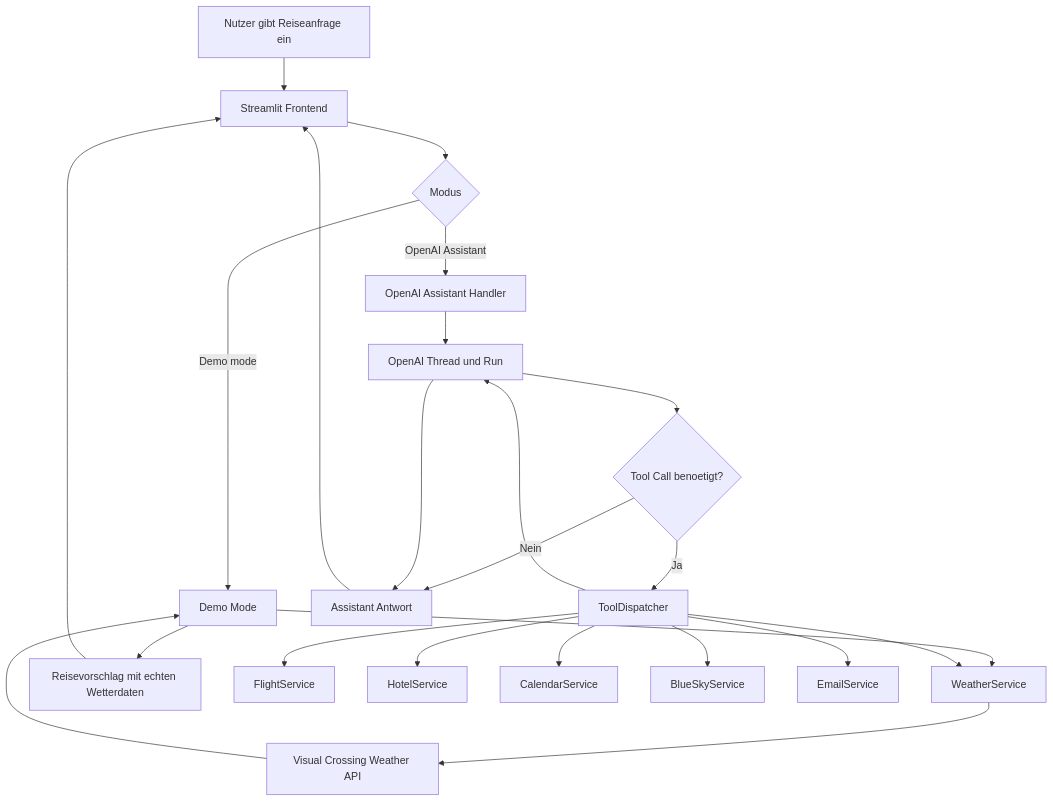
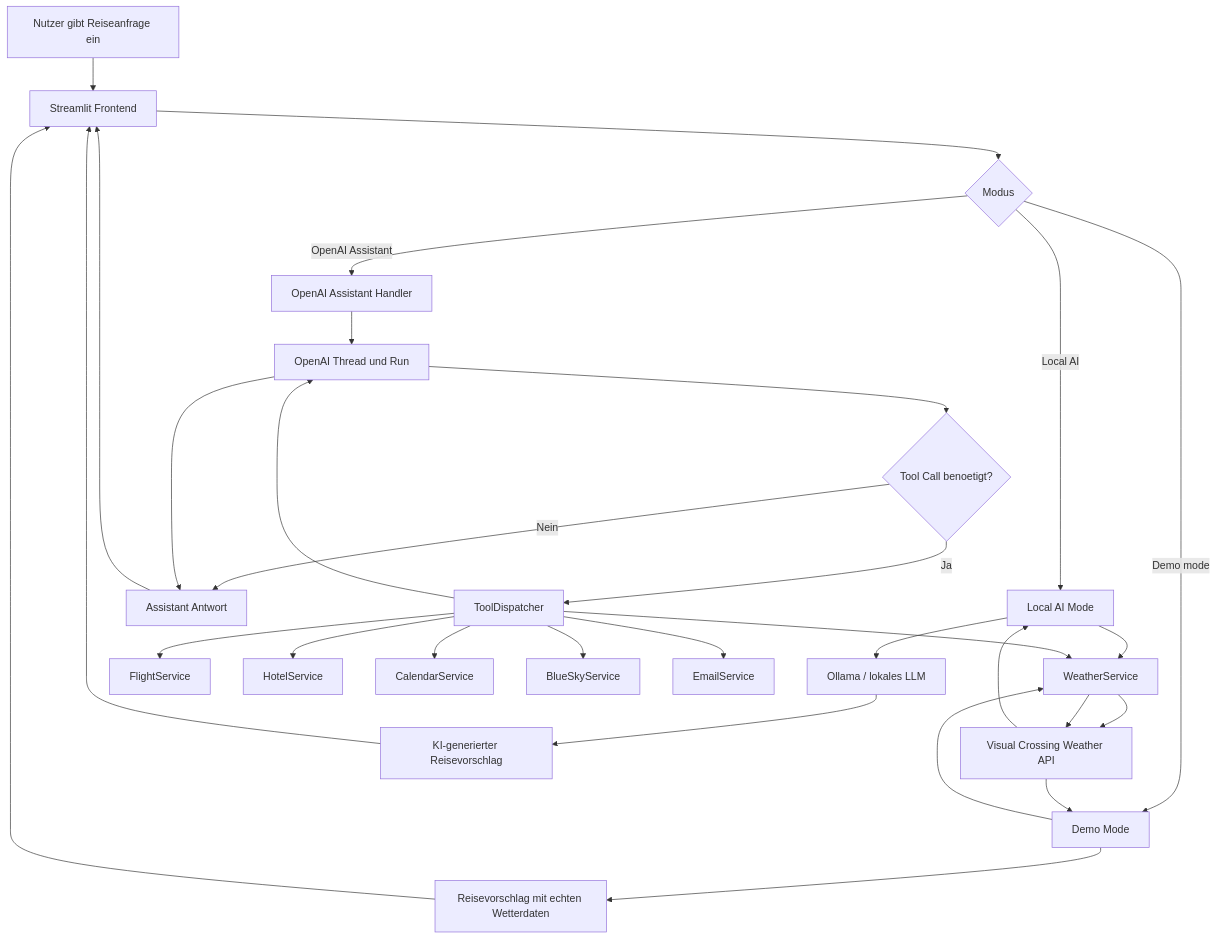
One commit to mo-sh44/Smart-Journey-AI changed the first of 3 diagrams in docs/Architecture_Flowchart.md. Above: the diagram before and after it, drawn with Mermaid. The commit also changed other lines of this file and 6 other files, not shown here.

Commit message:
Add local AI mode for dynamic travel planning

````diff
--- a/docs/Architecture_Flowchart.md
+++ b/docs/Architecture_Flowchart.md
@@ -5,27 +5,35 @@
 ```mermaid
 flowchart TD
     A["Nutzer gibt Reiseanfrage ein"] --> B["Streamlit Frontend"]
     B --> C{"Modus"}
+    C -->|Local AI| R["Local AI Mode"]
     C -->|Demo mode| D["Demo Mode"]
     C -->|OpenAI Assistant| E["OpenAI Assistant Handler"]
+
+    R --> F
+    F --> G
+    G --> R
+    R --> S["Ollama / lokales LLM"]
+    S --> T["KI-generierter Reisevorschlag"]
+    T --> B
 
     D --> F["WeatherService"]
     F --> G["Visual Crossing Weather API"]
     G --> D
     D --> H["Reisevorschlag mit echten Wetterdaten"]
 
     E --> I["OpenAI Thread und Run"]
     I --> J{"Tool Call benoetigt?"}
     J -->|Ja| K["ToolDispatcher"]
     K --> F
     K --> L["FlightService"]
     K --> M["HotelService"]
     K --> N["CalendarService"]
     K --> O["BlueSkyService"]
     K --> P["EmailService"]
     J -->|Nein| Q["Assistant Antwort"]
     K --> I
     I --> Q
     Q --> B
     H --> B
 ```
````
